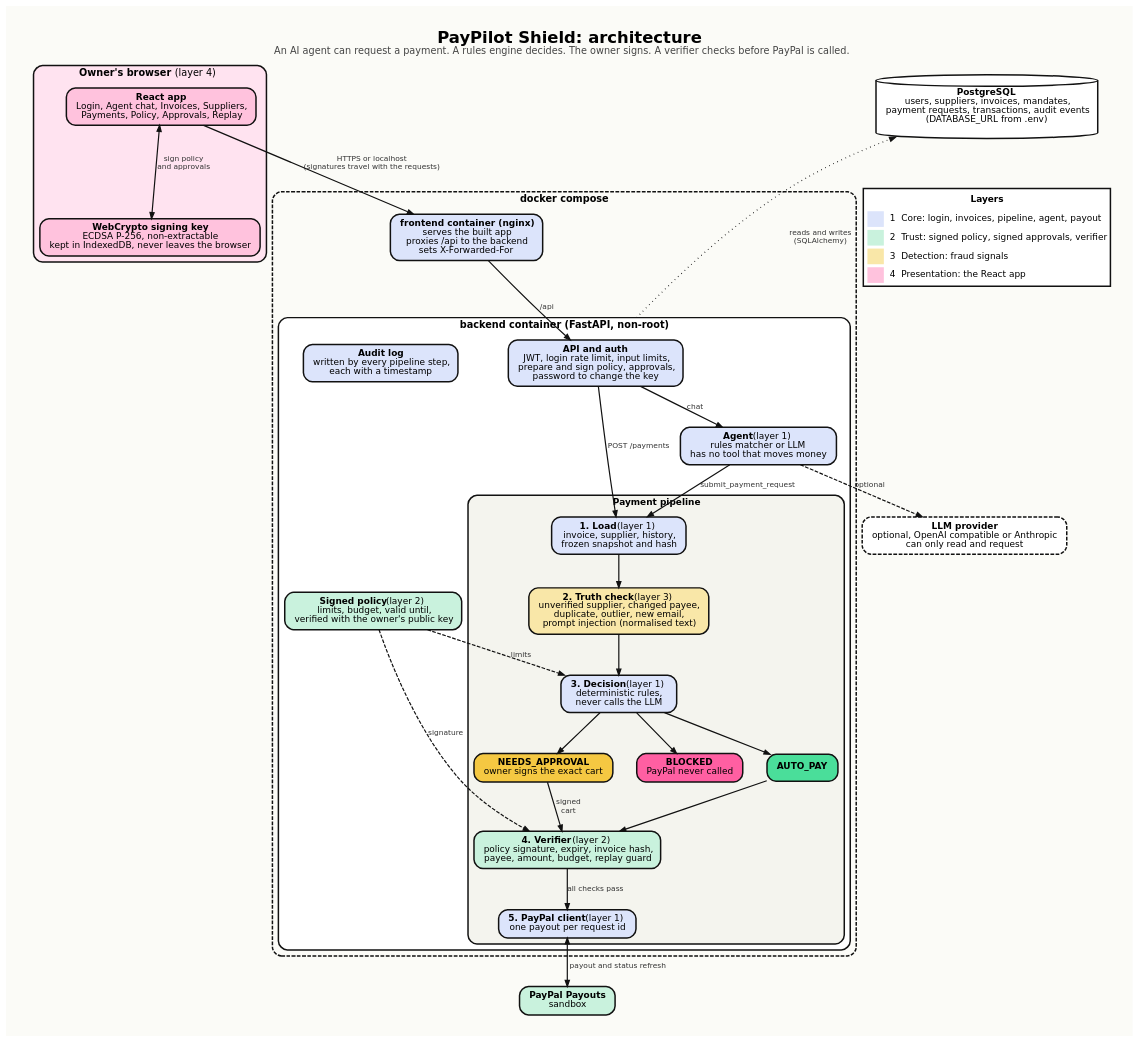
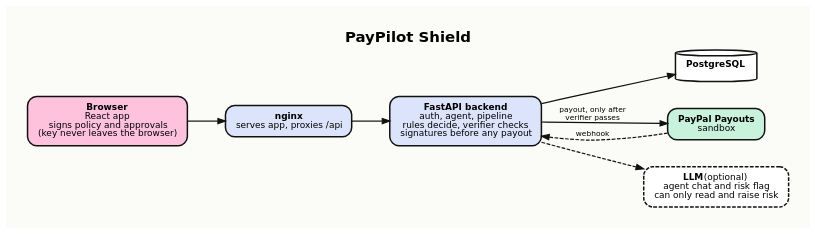
One commit to Elthiero/paypilot-shield changed the diagram in docs/architecture.dot. Above: the diagram before and after it, drawn with Graphviz. The commit also changed 2 other files, not shown here.

Commit message:
docs: simplify the architecture diagram

```diff
--- a/docs/architecture.dot
+++ b/docs/architecture.dot
@@ -1,77 +1,20 @@
 // Render: dot -Tpng -Gdpi=150 architecture.dot -o architecture.png
 digraph PayPilotShield {
-  graph [rankdir=TB, bgcolor="#FBFBF7", fontname="DejaVu Sans", fontsize=22, labelloc=t, pad=0.4,
-         nodesep=0.45, ranksep=0.6, splines=true, compound=true,
-         label=<<B>PayPilot Shield: architecture</B><BR/><FONT POINT-SIZE="13" COLOR="#444444">An AI agent can request a payment. A rules engine decides. The owner signs. A verifier checks before PayPal is called.</FONT>>];
-  node  [shape=box, style="filled,rounded", fillcolor="#FFFFFF", color="#111111", penwidth=2, fontname="DejaVu Sans", fontsize=12, margin="0.18,0.10"];
-  edge  [color="#111111", penwidth=1.6, fontname="DejaVu Sans", fontsize=10, fontcolor="#333333", arrowsize=0.8];
+  graph [rankdir=LR, bgcolor="#FBFBF7", fontname="DejaVu Sans", pad=0.4, nodesep=0.5, ranksep=0.7,
+         labelloc=t, fontsize=20, label=<<B>PayPilot Shield</B>>];
+  node  [shape=box, style="filled,rounded", fillcolor="#FFFFFF", color="#111111", penwidth=2, fontname="DejaVu Sans", fontsize=12, margin="0.2,0.12"];
+  edge  [color="#111111", penwidth=1.6, fontname="DejaVu Sans", fontsize=10];
 
-  // Layer 4: presentation
-  subgraph cluster_browser {
-    label=<<B>Owner's browser</B>  (layer 4)>; style="filled,rounded"; fillcolor="#FFE3F0"; color="#111111"; penwidth=2; fontsize=13;
-    ui  [fillcolor="#FFC2DD", label=<<B>React app</B><BR/>Login, Agent chat, Invoices, Suppliers,<BR/>Payments, Policy, Approvals, Replay>];
-    key [fillcolor="#FFC2DD", label=<<B>WebCrypto signing key</B><BR/>ECDSA P-256, non-extractable<BR/>kept in IndexedDB, never leaves the browser>];
-    ui -> key [dir=both, label="sign policy\nand approvals"];
-  }
+  browser [fillcolor="#FFC2DD", label=<<B>Browser</B><BR/>React app<BR/>signs policy and approvals<BR/>(key never leaves the browser)>];
+  nginx   [fillcolor="#DCE4FB", label=<<B>nginx</B><BR/>serves app, proxies /api>];
+  api     [fillcolor="#DCE4FB", label=<<B>FastAPI backend</B><BR/>auth, agent, pipeline<BR/>rules decide, verifier checks<BR/>signatures before any payout>];
+  db      [shape=cylinder, label=<<B>PostgreSQL</B>>];
+  paypal  [fillcolor="#C9F2DD", label=<<B>PayPal Payouts</B><BR/>sandbox>];
+  llm     [style="filled,rounded,dashed", label=<<B>LLM</B> (optional)<BR/>agent chat and risk flag<BR/>can only read and raise risk>];
 
-  // Docker compose
-  subgraph cluster_compose {
-    label=<<B>docker compose</B>>; style="rounded,dashed"; color="#111111"; penwidth=2; fontsize=13;
-
-    nginx [fillcolor="#DCE4FB", label=<<B>frontend container (nginx)</B><BR/>serves the built app<BR/>proxies /api to the backend<BR/>sets X-Forwarded-For>];
-
-    subgraph cluster_backend {
-      label=<<B>backend container (FastAPI, non-root)</B>>; style="filled,rounded"; fillcolor="#FFFFFF"; color="#111111"; penwidth=2; fontsize=13;
-
-      api   [fillcolor="#DCE4FB", label=<<B>API and auth</B><BR/>JWT, login rate limit, input limits,<BR/>prepare and sign policy, approvals,<BR/>password to change the key>];
-      agent [fillcolor="#DCE4FB", label=<<B>Agent</B> (layer 1)<BR/>rules matcher or LLM<BR/>has no tool that moves money>];
-
-      subgraph cluster_pipeline {
-        label=<<B>Payment pipeline</B>>; style="filled,rounded"; fillcolor="#F4F4EE"; color="#111111"; fontsize=12;
-        load  [fillcolor="#DCE4FB", label=<<B>1. Load</B> (layer 1)<BR/>invoice, supplier, history,<BR/>frozen snapshot and hash>];
-        truth [fillcolor="#F9E7A8", label=<<B>2. Truth check</B> (layer 3)<BR/>unverified supplier, changed payee,<BR/>duplicate, outlier, new email,<BR/>prompt injection (normalised text)>];
-        decide[fillcolor="#DCE4FB", label=<<B>3. Decision</B> (layer 1)<BR/>deterministic rules,<BR/>never calls the LLM>];
-        auto  [fillcolor="#4ADE9A", label=<<B>AUTO_PAY</B>>];
-        appr  [fillcolor="#F5C842", label=<<B>NEEDS_APPROVAL</B><BR/>owner signs the exact cart>];
-        block [fillcolor="#FF5FA2", label=<<B>BLOCKED</B><BR/>PayPal never called>];
-        verify[fillcolor="#C9F2DD", label=<<B>4. Verifier</B> (layer 2)<BR/>policy signature, expiry, invoice hash,<BR/>payee, amount, budget, replay guard>];
-        pp    [fillcolor="#DCE4FB", label=<<B>5. PayPal client</B> (layer 1)<BR/>one payout per request id>];
-        load -> truth -> decide;
-        decide -> auto; decide -> appr; decide -> block;
-        auto -> verify; appr -> verify [label="signed\ncart"];
-        verify -> pp [label="all checks pass"];
-      }
-
-      policy [fillcolor="#C9F2DD", label=<<B>Signed policy</B> (layer 2)<BR/>limits, budget, valid until,<BR/>verified with the owner's public key>];
-      audit  [fillcolor="#DCE4FB", label=<<B>Audit log</B><BR/>written by every pipeline step,<BR/>each with a timestamp>];
-    }
-  }
-
-  // External
-  db  [shape=cylinder, fillcolor="#FFFFFF", label=<<B>PostgreSQL</B><BR/>users, suppliers, invoices, mandates,<BR/>payment requests, transactions, audit events<BR/>(DATABASE_URL from .env)>];
-  ppl [fillcolor="#C9F2DD", label=<<B>PayPal Payouts</B><BR/>sandbox>];
-  llm [fillcolor="#FFFFFF", style="filled,rounded,dashed", label=<<B>LLM provider</B><BR/>optional, OpenAI compatible or Anthropic<BR/>can only read and request>];
-
-  // Flows
-  ui -> nginx [label="HTTPS or localhost\n(signatures travel with the requests)"];
-  nginx -> api [label="/api"];
-  api -> agent [label="chat"];
-  api -> load [label="POST /payments"];
-  agent -> load [label="submit_payment_request"];
-  agent -> llm [style=dashed, label="optional"];
-  policy -> decide [style=dashed, label="limits"];
-  policy -> verify [style=dashed, label="signature"];
-  pp -> ppl [dir=both, label="  payout and status refresh"];
-  api -> db [ltail=cluster_backend, style=dotted, label="reads and writes\n(SQLAlchemy)", constraint=false];
-
-  // Legend
-  legend [shape=plain, style="", label=<
-    <TABLE BORDER="2" CELLBORDER="0" CELLSPACING="4" CELLPADDING="4" BGCOLOR="#FFFFFF">
-      <TR><TD COLSPAN="2"><B>Layers</B></TD></TR>
-      <TR><TD BGCOLOR="#DCE4FB" WIDTH="22"> </TD><TD ALIGN="LEFT">1  Core: login, invoices, pipeline, agent, payout</TD></TR>
-      <TR><TD BGCOLOR="#C9F2DD"> </TD><TD ALIGN="LEFT">2  Trust: signed policy, signed approvals, verifier</TD></TR>
-      <TR><TD BGCOLOR="#F9E7A8"> </TD><TD ALIGN="LEFT">3  Detection: fraud signals</TD></TR>
-      <TR><TD BGCOLOR="#FFC2DD"> </TD><TD ALIGN="LEFT">4  Presentation: the React app</TD></TR>
-    </TABLE>>];
-  db -> legend [style=invis];
+  browser -> nginx -> api;
+  api -> db;
+  api -> paypal [label="payout, only after\nverifier passes"];
+  paypal -> api [label="webhook", style=dashed];
+  api -> llm [style=dashed];
 }
```
